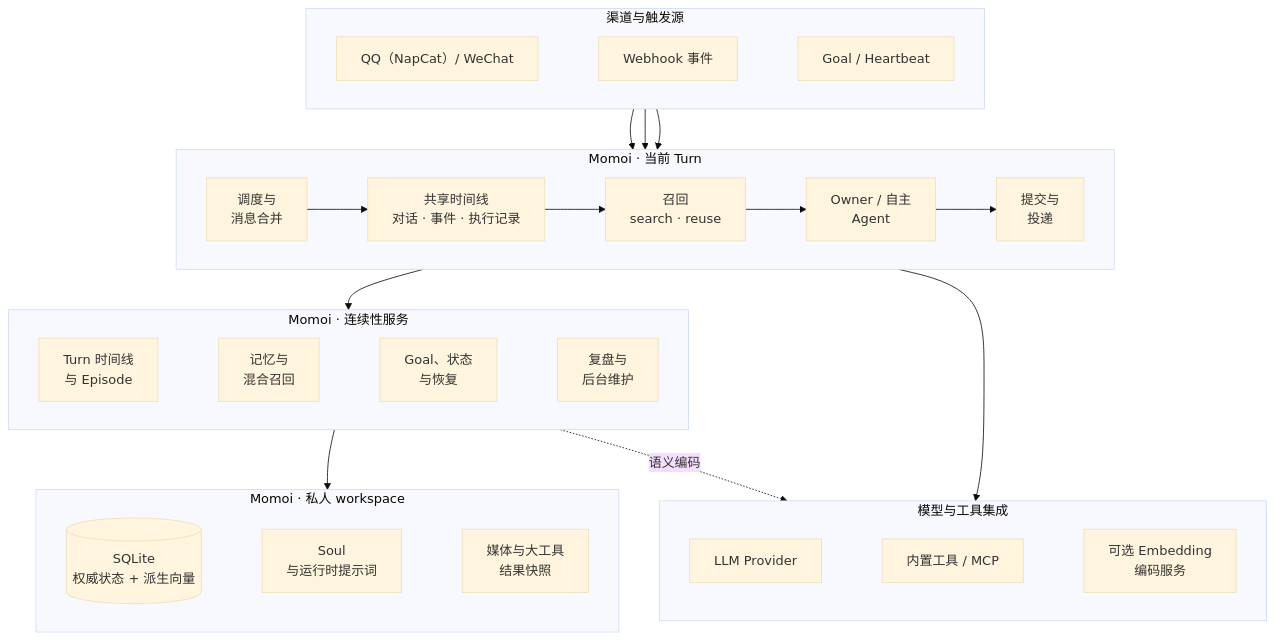
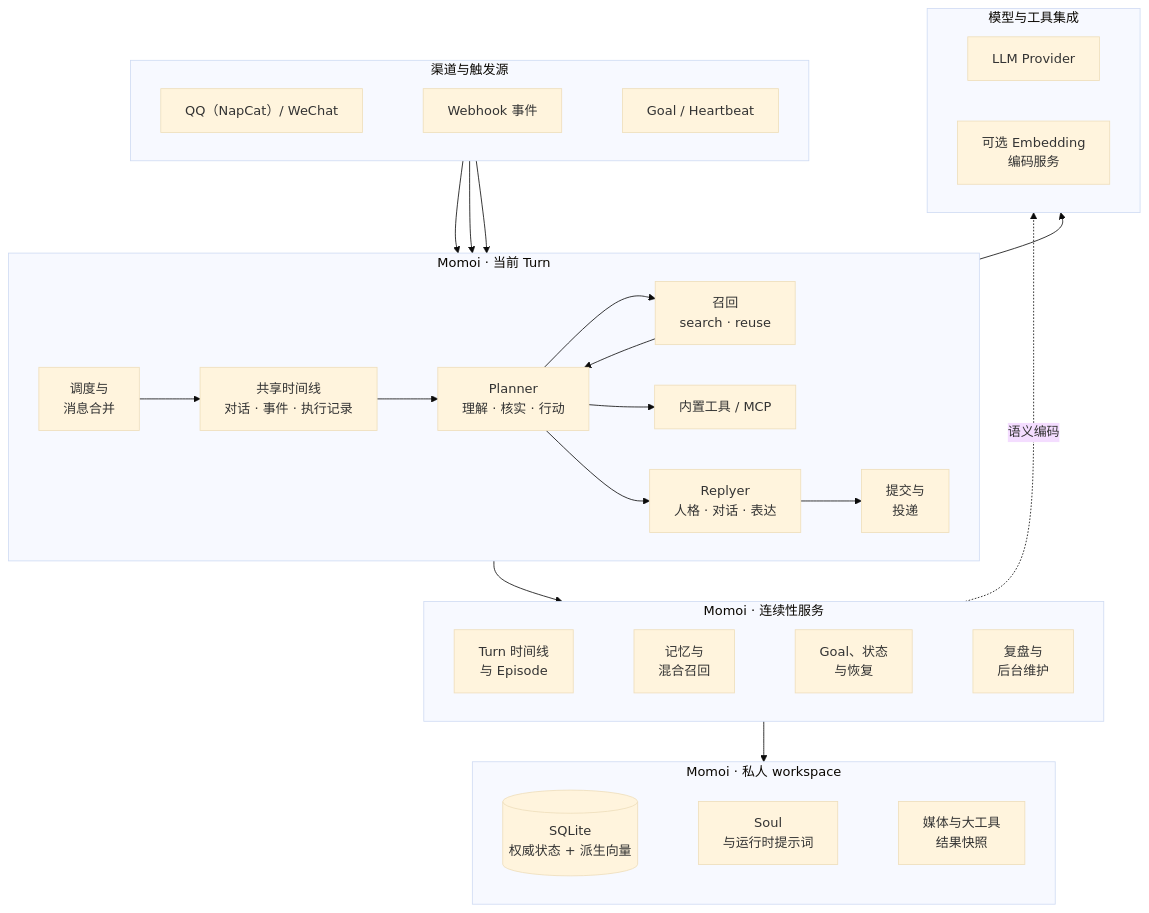
The first of 2 diagrams in README.zh-CN.md (RicterZ/Momoi), drawn with Mermaid (base theme) before and after one commit. The commit also changed other lines of this file and 1 other file, not shown here.

Commit message:
docs: refresh README for planner and replyer architecture

````diff
--- a/README.zh-CN.md
+++ b/README.zh-CN.md
@@ -38,53 +39,57 @@
 ```mermaid
 flowchart TB
   subgraph triggers["渠道与触发源"]
     direction LR
     chat["QQ（NapCat）/ WeChat"]
     webhook["Webhook 事件"]
     clock["Goal / Heartbeat"]
     chat ~~~ webhook ~~~ clock
   end
 
   subgraph active["Momoi · 当前 Turn"]
     direction LR
     intake["调度与<br/>消息合并"]
     transcript["共享时间线<br/>对话 · 事件 · 执行记录"]
     context["召回<br/>search · reuse"]
-    agent["Owner / 自主<br/>Agent"]
+    agent["Planner<br/>理解 · 核实 · 行动"]
+    replyer["Replyer<br/>人格 · 对话 · 表达"]
     delivery["提交与<br/>投递"]
-    intake --> transcript --> context --> agent --> delivery
+    intake --> transcript --> agent
+    agent --> context --> agent
+    agent --> tools
+    agent --> replyer --> delivery
   end
 
   subgraph continuity["Momoi · 连续性服务"]
     direction LR
     timeline["Turn 时间线<br/>与 Episode"]
     memory["记忆与<br/>混合召回"]
     time["Goal、状态<br/>与恢复"]
     upkeep["复盘与<br/>后台维护"]
     timeline ~~~ memory ~~~ time ~~~ upkeep
   end
 
   subgraph workspace["Momoi · 私人 workspace"]
     direction LR
     sqlite[("SQLite<br/>权威状态 + 派生向量")]
     prompts["Soul<br/>与运行时提示词"]
     files["媒体与大工具<br/>结果快照"]
     sqlite ~~~ prompts ~~~ files
   end
 
   subgraph external["模型与工具集成"]
     direction LR
     llm["LLM Provider"]
     tools["内置工具 / MCP"]
     embedding["可选 Embedding<br/>编码服务"]
     llm ~~~ tools ~~~ embedding
   end
 
   chat --> intake
   webhook --> intake
   clock --> intake
   active --> continuity
   continuity --> workspace
   active --> external
   continuity -. "语义编码" .-> external
 ```
````
